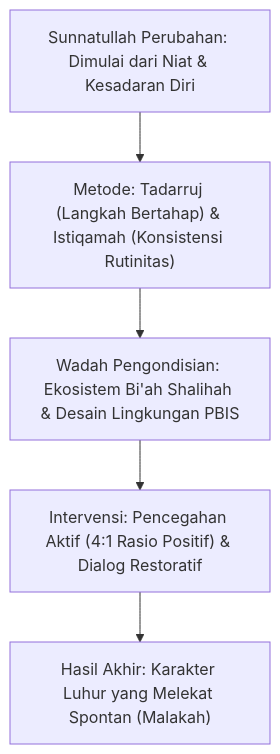
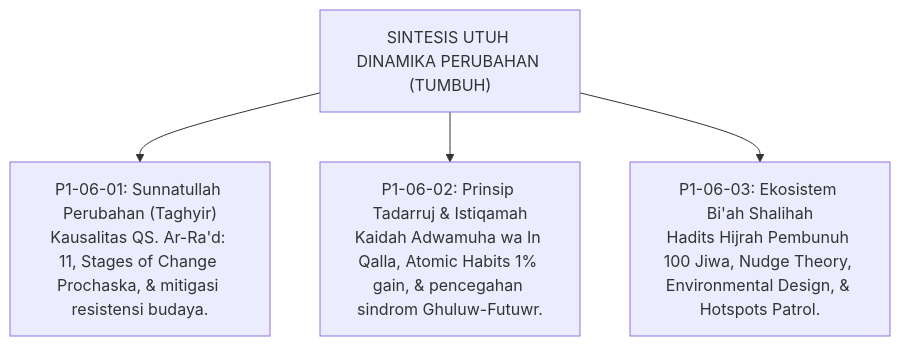
The first of 2 diagrams in 01 Philosophy/06 Change/P1-06-04-Sintesis-Dinamika-Perubahan-TUMBUH.md (wandiapriliyandi/tumbuh), drawn with Mermaid before and after one commit. The commit also changed other lines of this file and 4 other files, not shown here.

````diff
--- a/01 Philosophy/06 Change/P1-06-04-Sintesis-Dinamika-Perubahan-TUMBUH.md
+++ b/01 Philosophy/06 Change/P1-06-04-Sintesis-Dinamika-Perubahan-TUMBUH.md
@@ -7,7 +23,10 @@
 ```mermaid
 graph TD
-    A["Sunnatullah Perubahan: Dimulai dari Niat & Kesadaran Diri"] --> B["Metode: Tadarruj (Langkah Bertahap) & Istiqamah (Konsistensi Rutinitas)"]
-    B --> C["Wadah Pengondisian: Ekosistem Bi'ah Shalihah & Desain Lingkungan PBIS"]
-    C --> D["Intervensi: Pencegahan Aktif (4:1 Rasio Positif) & Dialog Restoratif"]
-    D --> E["Hasil Akhir: Karakter Luhur yang Melekat Spontan (Malakah)"]
+    SintesisChange["SINTESIS UTUH DINAMIKA PERUBAHAN (TUMBUH)"]
+    
+    SintesisChange --> C1["P1-06-01: Sunnatullah Perubahan (Taghyir)<br/>Kausalitas QS. Ar-Ra'd: 11, Stages of Change Prochaska, & mitigasi resistensi budaya."]
+    
+    SintesisChange --> C2["P1-06-02: Prinsip Tadarruj & Istiqamah<br/>Kaidah Adwamuha wa In Qalla, Atomic Habits 1% gain, & pencegahan sindrom Ghuluw-Futuwr."]
+    
+    SintesisChange --> C3["P1-06-03: Ekosistem Bi'ah Shalihah<br/>Hadits Hijrah Pembunuh 100 Jiwa, Nudge Theory, Environmental Design, & Hotspots Patrol."]
 ```
````
